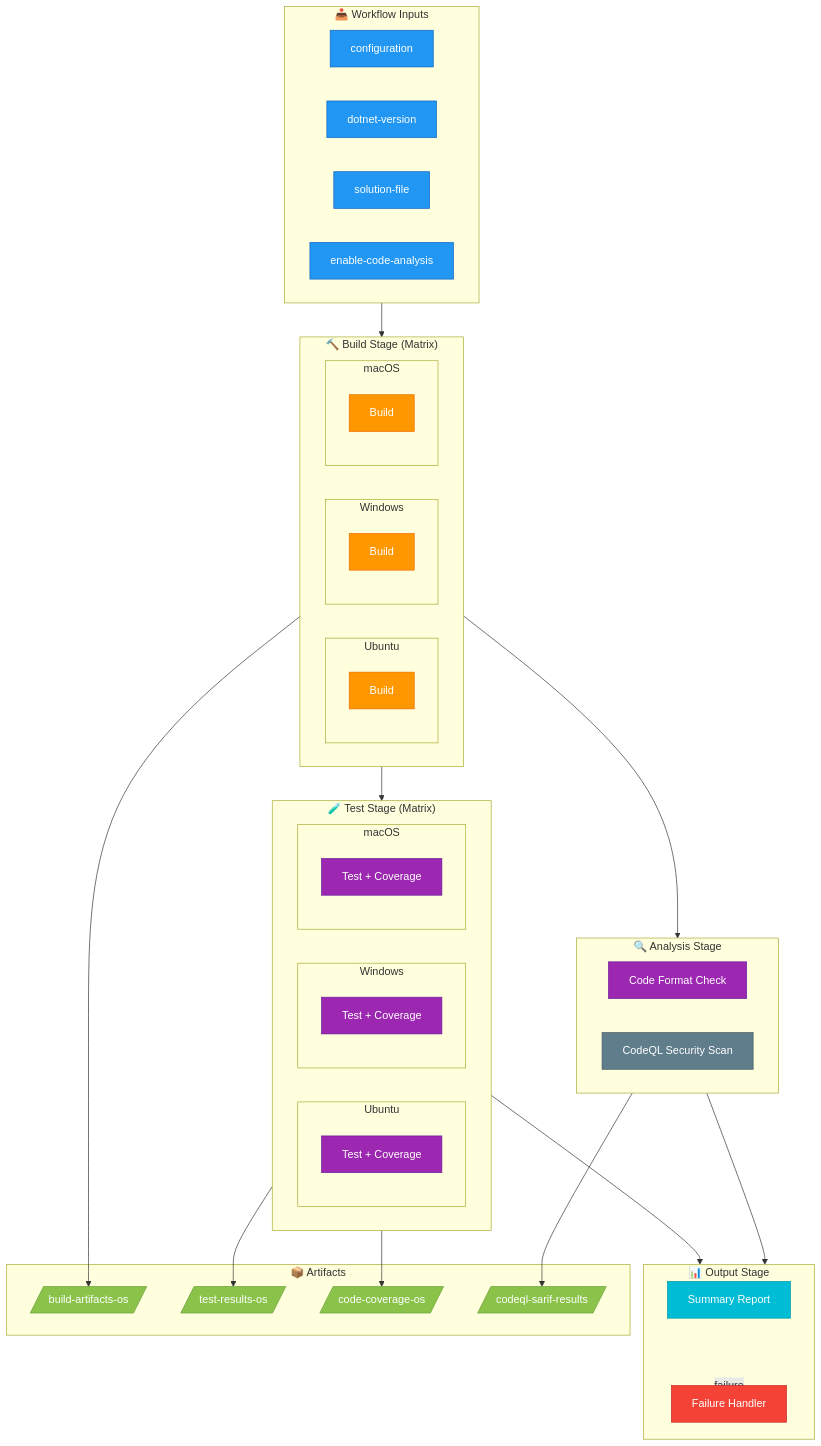
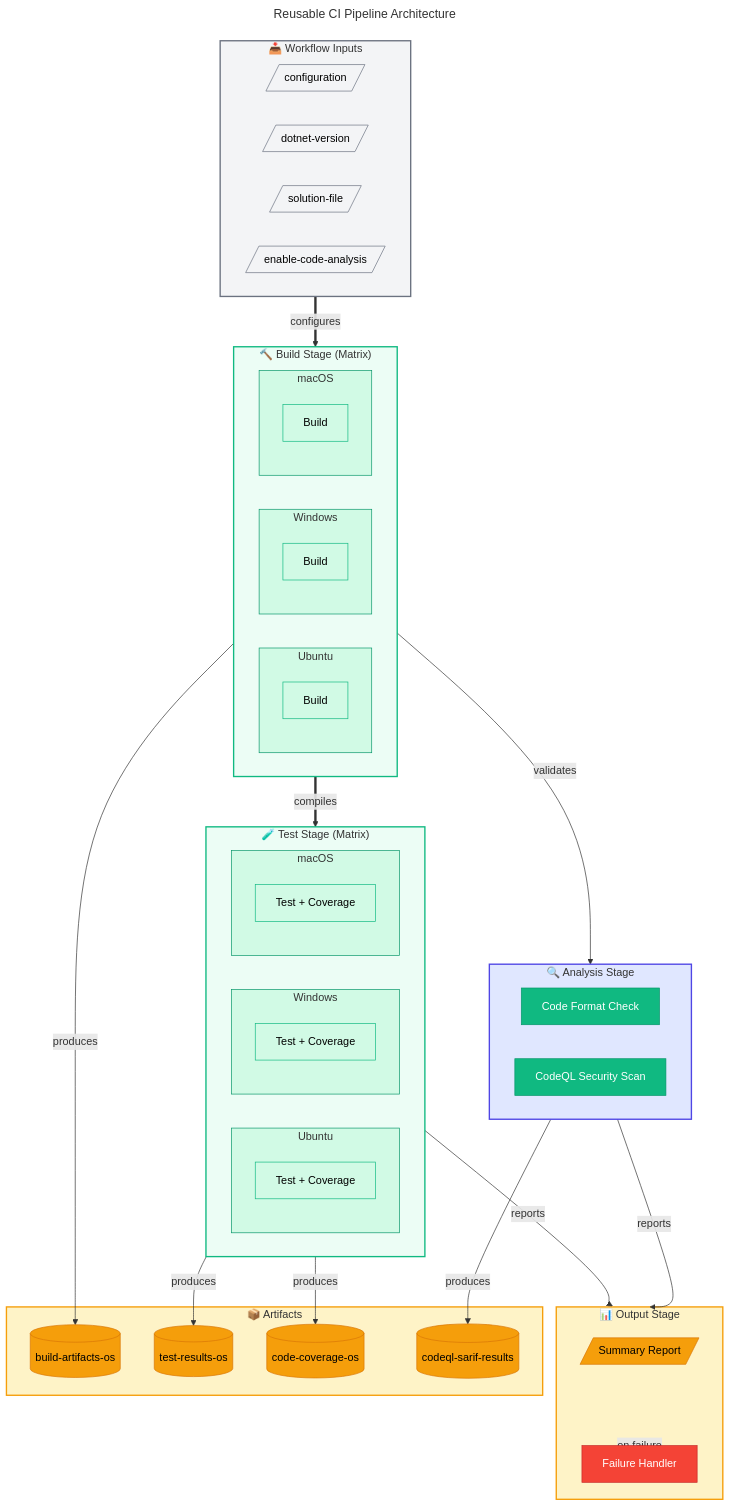
The first of 3 diagrams in docs/devops/ci-dotnet-reusable.md (Evilazaro/Azure-LogicApps-Monitoring), drawn with Mermaid before and after one commit. The commit also changed other lines of this file, not shown here.

Commit message:
refactor: Enhance CI pipeline visualization with improved node styling and structure

````diff
--- a/docs/devops/ci-dotnet-reusable.md
+++ b/docs/devops/ci-dotnet-reusable.md
@@ -63,84 +63,107 @@
 ```mermaid
+---
+title: Reusable CI Pipeline Architecture
+---
 flowchart TD
+    %% ===== WORKFLOW INPUTS =====
     subgraph Input["📥 Workflow Inputs"]
-        I1[configuration]
-        I2[dotnet-version]
-        I3[solution-file]
-        I4[enable-code-analysis]
+        I1[/"configuration"/]
+        I2[/"dotnet-version"/]
+        I3[/"solution-file"/]
+        I4[/"enable-code-analysis"/]
     end
 
+    %% ===== BUILD STAGE =====
     subgraph BuildStage["🔨 Build Stage (Matrix)"]
         direction LR
         subgraph Ubuntu1["Ubuntu"]
-            B_U[Build]
+            B_U["Build"]
         end
         subgraph Windows1["Windows"]
-            B_W[Build]
+            B_W["Build"]
         end
         subgraph macOS1["macOS"]
-            B_M[Build]
+            B_M["Build"]
         end
     end
 
+    %% ===== TEST STAGE =====
     subgraph TestStage["🧪 Test Stage (Matrix)"]
         direction LR
         subgraph Ubuntu2["Ubuntu"]
-            T_U[Test + Coverage]
+            T_U["Test + Coverage"]
         end
         subgraph Windows2["Windows"]
-            T_W[Test + Coverage]
+            T_W["Test + Coverage"]
         end
         subgraph macOS2["macOS"]
-            T_M[Test + Coverage]
+            T_M["Test + Coverage"]
         end
     end
 
+    %% ===== ANALYSIS STAGE =====
     subgraph AnalysisStage["🔍 Analysis Stage"]
         direction LR
-        ANALYZE[Code Format Check]
-        CODEQL[CodeQL Security Scan]
+        ANALYZE["Code Format Check"]
+        CODEQL["CodeQL Security Scan"]
     end
 
+    %% ===== OUTPUT STAGE =====
     subgraph OutputStage["📊 Output Stage"]
-        SUMMARY[Summary Report]
-        ONFAIL[Failure Handler]
+        SUMMARY[/"Summary Report"/]
+        ONFAIL["Failure Handler"]
     end
 
+    %% ===== ARTIFACTS =====
     subgraph Artifacts["📦 Artifacts"]
-        A1[/build-artifacts-os/]
-        A2[/test-results-os/]
-        A3[/code-coverage-os/]
-        A4[/codeql-sarif-results/]
+        A1[("build-artifacts-os")]
+        A2[("test-results-os")]
+        A3[("code-coverage-os")]
+        A4[("codeql-sarif-results")]
     end
 
-    %% Flow
-    Input --> BuildStage
-    BuildStage --> TestStage
-    BuildStage --> AnalysisStage
-    TestStage --> OutputStage
-    AnalysisStage --> OutputStage
-    OutputStage -.->|failure| ONFAIL
+    %% ===== PIPELINE FLOW =====
+    Input ==>|configures| BuildStage
+    BuildStage ==>|compiles| TestStage
+    BuildStage -->|validates| AnalysisStage
+    TestStage -->|reports| OutputStage
+    AnalysisStage -->|reports| OutputStage
+    OutputStage -.->|on failure| ONFAIL
 
-    %% Artifacts
-    BuildStage --> A1
-    TestStage --> A2
-    TestStage --> A3
-    CODEQL --> A4
+    %% ===== ARTIFACT FLOWS =====
+    BuildStage -->|produces| A1
+    TestStage -->|produces| A2
+    TestStage -->|produces| A3
+    CODEQL -->|produces| A4
 
-    %% Styling
-    classDef input fill:#2196F3,stroke:#1565C0,color:#fff
-    classDef build fill:#FF9800,stroke:#EF6C00,color:#fff
-    classDef test fill:#9C27B0,stroke:#6A1B9A,color:#fff
-    classDef security fill:#607D8B,stroke:#455A64,color:#fff
-    classDef summary fill:#00BCD4,stroke:#0097A7,color:#fff
-    classDef failure fill:#F44336,stroke:#C62828,color:#fff
-    classDef artifact fill:#8BC34A,stroke:#689F38,color:#fff
+    %% ===== NODE STYLING =====
+    classDef input fill:#F3F4F6,stroke:#6B7280,color:#000000
+    classDef primary fill:#4F46E5,stroke:#3730A3,color:#FFFFFF
+    classDef secondary fill:#10B981,stroke:#059669,color:#FFFFFF
+    classDef matrix fill:#D1FAE5,stroke:#10B981,color:#000000
+    classDef datastore fill:#F59E0B,stroke:#D97706,color:#000000
+    classDef failed fill:#F44336,stroke:#C62828,color:#FFFFFF
 
+    %% ===== APPLY NODE CLASSES =====
     class I1,I2,I3,I4 input
-    class B_U,B_W,B_M build
-    class T_U,T_W,T_M,ANALYZE test
-    class CODEQL security
-    class SUMMARY summary
-    class ONFAIL failure
-    class A1,A2,A3,A4 artifact
+    class B_U,B_W,B_M matrix
+    class T_U,T_W,T_M matrix
+    class ANALYZE,CODEQL secondary
+    class SUMMARY datastore
+    class ONFAIL failed
+    class A1,A2,A3,A4 datastore
+
+    %% ===== SUBGRAPH STYLING =====
+    style Input fill:#F3F4F6,stroke:#6B7280,stroke-width:2px
+    style BuildStage fill:#ECFDF5,stroke:#10B981,stroke-width:2px
+    style Ubuntu1 fill:#D1FAE5,stroke:#059669,stroke-width:1px
+    style Windows1 fill:#D1FAE5,stroke:#059669,stroke-width:1px
+    style macOS1 fill:#D1FAE5,stroke:#059669,stroke-width:1px
+    style TestStage fill:#ECFDF5,stroke:#10B981,stroke-width:2px
+    style Ubuntu2 fill:#D1FAE5,stroke:#059669,stroke-width:1px
+    style Windows2 fill:#D1FAE5,stroke:#059669,stroke-width:1px
+    style macOS2 fill:#D1FAE5,stroke:#059669,stroke-width:1px
+    style AnalysisStage fill:#E0E7FF,stroke:#4F46E5,stroke-width:2px
+    style OutputStage fill:#FEF3C7,stroke:#F59E0B,stroke-width:2px
+    style Artifacts fill:#FEF3C7,stroke:#F59E0B,stroke-width:2px
 ```
````
